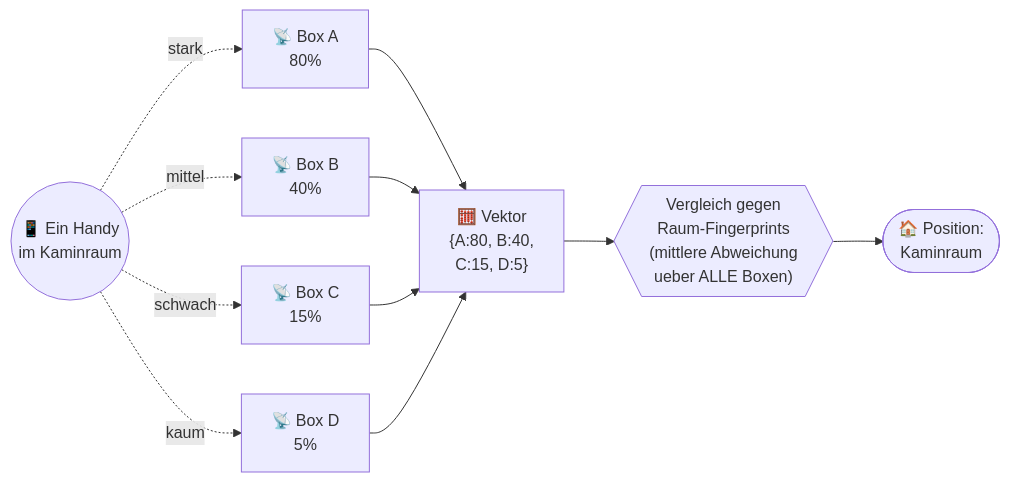
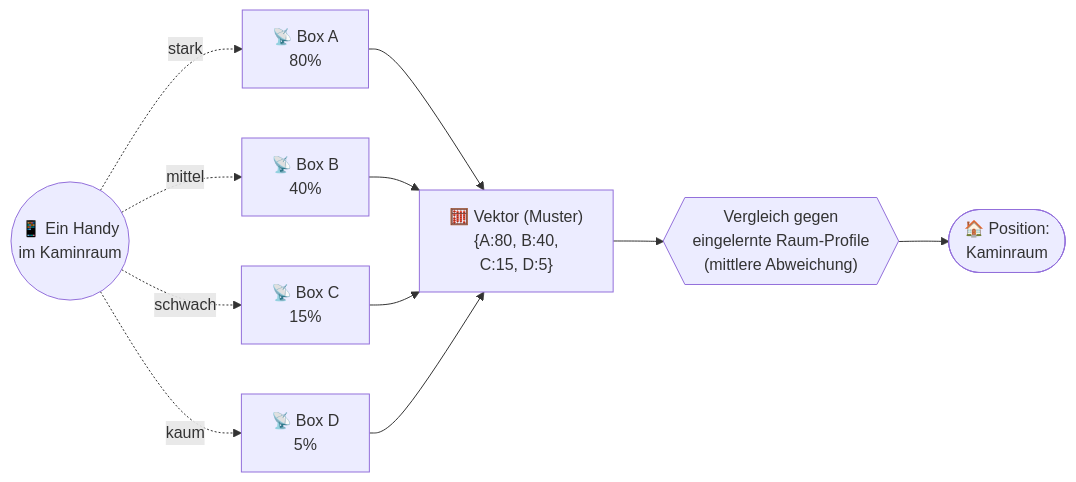
The first of 5 diagrams in README.md (Aslan4u73/FritzTrack4u), drawn with Mermaid before and after one commit. The commit also changed other lines of this file and 2 other files, not shown here.

````diff
--- a/README.md
+++ b/README.md
@@ -61,14 +61,14 @@
 ```mermaid
 flowchart LR
     P(("📱 Ein Handy<br/>im Kaminraum"))
     P -. "stark" .-> B1["📡 Box A<br/>80%"]
     P -. "mittel" .-> B2["📡 Box B<br/>40%"]
     P -. "schwach" .-> B3["📡 Box C<br/>15%"]
     P -. "kaum" .-> B4["📡 Box D<br/>5%"]
-    B1 --> V["🧮 Vektor<br/>{A:80, B:40,<br/>C:15, D:5}"]
+    B1 --> V["🧮 Vektor (Muster)<br/>{A:80, B:40,<br/>C:15, D:5}"]
     B2 --> V
     B3 --> V
     B4 --> V
-    V --> M{{"Vergleich gegen<br/>Raum-Fingerprints<br/>(mittlere Abweichung<br/>ueber ALLE Boxen)"}}
+    V --> M{{"Vergleich gegen<br/>eingelernte Raum-Profile<br/>(mittlere Abweichung)"}}
     M --> R(["🏠 Position:<br/>Kaminraum"])
 ```
````
